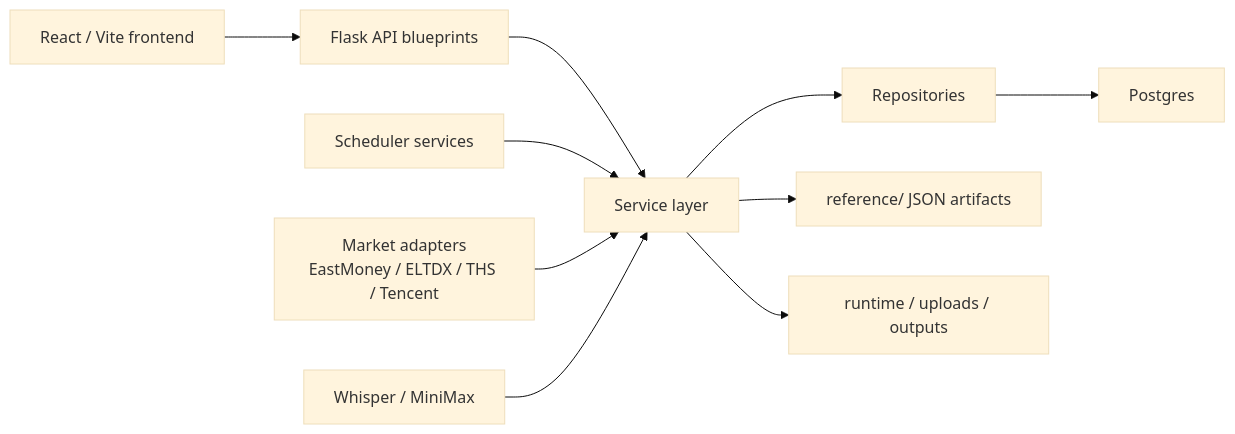
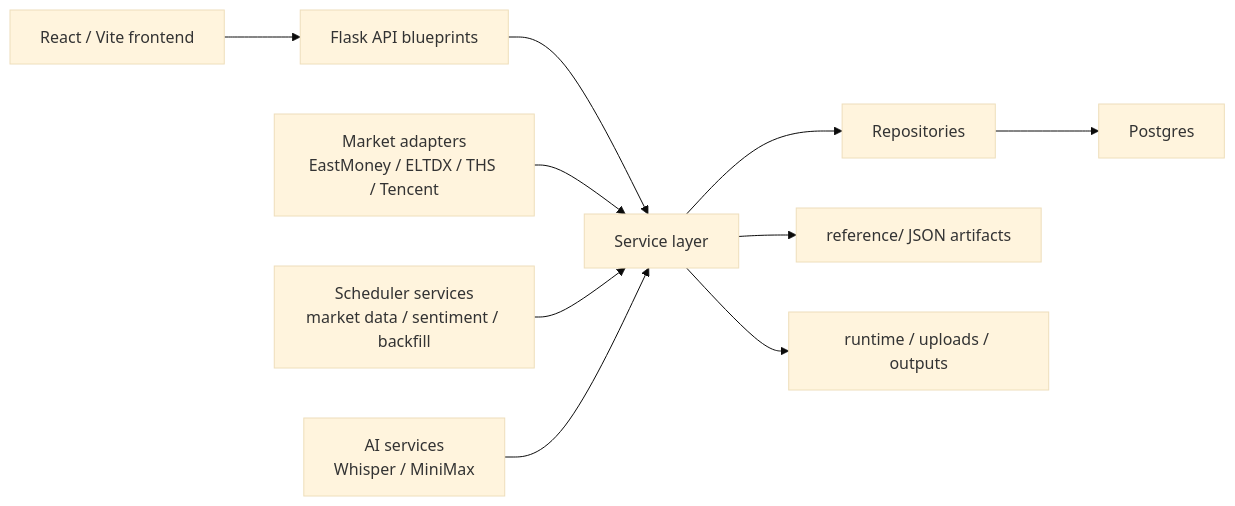
One commit to cs7eric/seven-and-me changed the diagram in README.md. Above: the diagram before and after it, drawn with Mermaid (base theme). The commit also changed other lines of this file, not shown here.

````diff
--- a/README.md
+++ b/README.md
@@ -173,12 +297,14 @@
 ```mermaid
 flowchart LR
   Browser["React / Vite frontend"] --> API["Flask API blueprints"]
   API --> Services["Service layer"]
   Services --> Repos["Repositories"]
   Repos --> Postgres["Postgres"]
+
+  MarketAdapters["Market adapters<br/>EastMoney / ELTDX / THS / Tencent"] --> Services
+  Schedulers["Scheduler services<br/>market data / sentiment / backfill"] --> Services
+  AI["AI services<br/>Whisper / MiniMax"] --> Services
+
   Services --> Reference["reference/ JSON artifacts"]
   Services --> Runtime["runtime / uploads / outputs"]
-  Scheduler["Scheduler services"] --> Services
-  Market["Market adapters<br/>EastMoney / ELTDX / THS / Tencent"] --> Services
-  AI["Whisper / MiniMax"] --> Services
 ```
````
